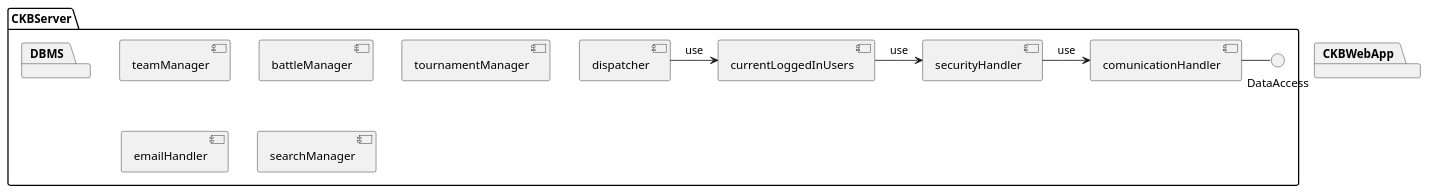
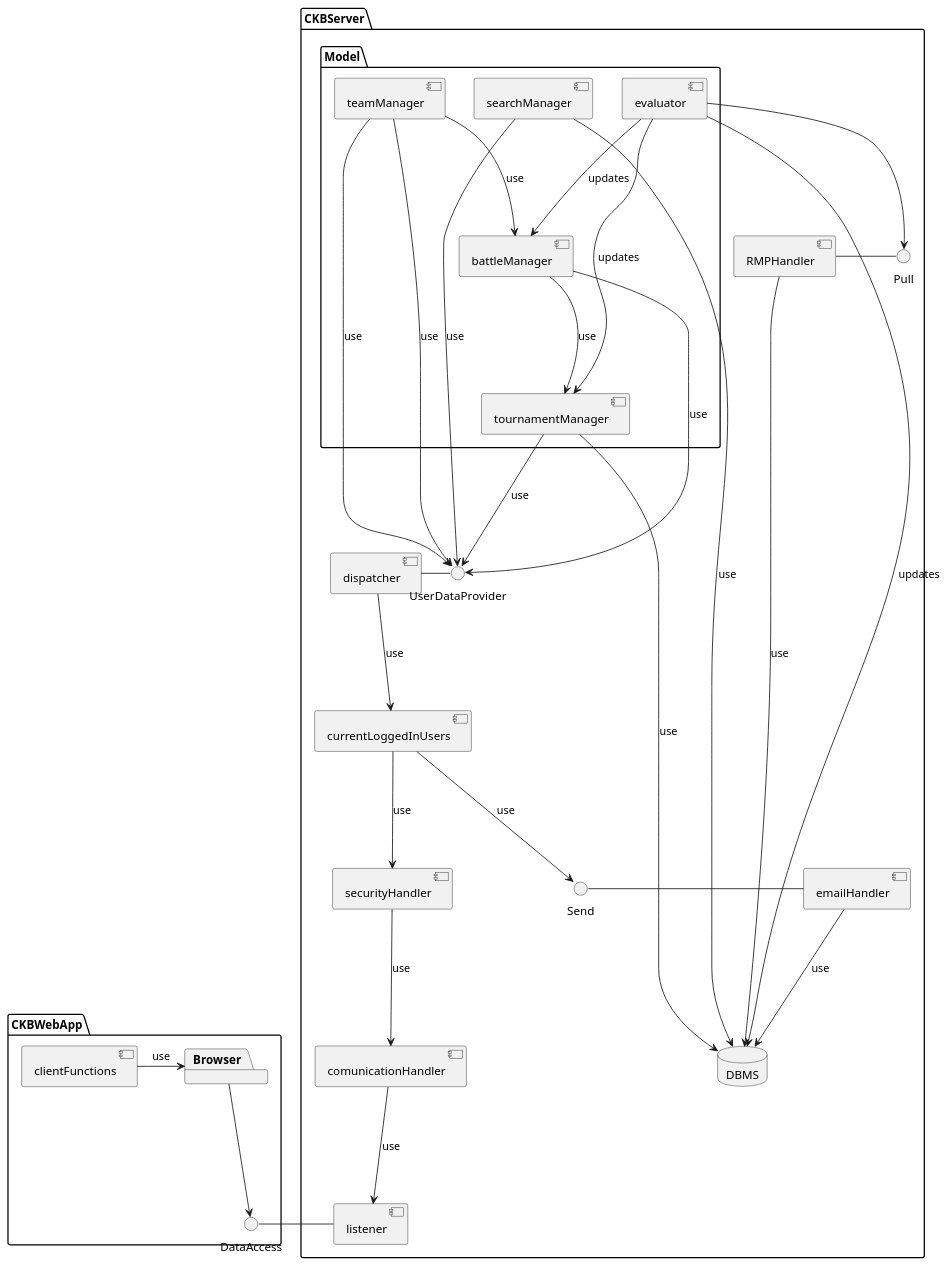
The diagram in _DD/Images/componentDiagram.wsd (Angelo7672/SE2_Requirement-and-Design-Document), drawn with PlantUML before and after one commit.

Commit message:
component diagram updated

```diff
--- a/_DD/Images/componentDiagram.wsd
+++ b/_DD/Images/componentDiagram.wsd
@@ -1,27 +1,57 @@
 @startuml
-skinparam right to left
 package "CKBWebApp"{
-
+    package "Browser"
+    Browser ---> DataAccess
+    [clientFunctions] -> Browser: use
+    component clientFunctions
 }
 
 package "CKBServer"{
-    package "DBMS"{
-
-    }
-    [comunicationHandler] - DataAccess
-    [securityHandler] -> comunicationHandler: use
-    [currentLoggedInUsers] -> securityHandler: use
-    [dispatcher] -> currentLoggedInUsers: use
-
-    component teamManager
-    component battleManager
-    component tournamentManager
-    component emailHandler
-    component searchManager
+    database "DBMS"
+    [listener] - DataAccess
+    [comunicationHandler] ---> listener: use
+    [securityHandler] ---> comunicationHandler: use
+    [currentLoggedInUsers] ---> securityHandler: use
+    [dispatcher] ---> currentLoggedInUsers: use
+    UserDataProvider - [dispatcher]
+    Send - [emailHandler]
+    [currentLoggedInUsers] ---> Send: use
+    [emailHandler] ---> DBMS: use
+    [RMPHandler] - Pull
+    [RMPHandler] ---> DBMS: use
+    
     component dispatcher
     component currentLoggedInUsers
     component securityHandler
     component comunicationHandler
+    component emailHandler
+    component listener
+    component RMPHandler
+
+    package "Model"{
+        
+        [searchManager] ---> UserDataProvider: use
+        [battleManager] ---> UserDataProvider: use
+        [teamManager] ---> UserDataProvider: use
+        [tournamentManager] ---> UserDataProvider: use
+        [evaluator] ---> Pull
+        
+        [searchManager] ---> DBMS: use
+        [teamManager] ---> UserDataProvider: use
+        [tournamentManager] ---> DBMS: use
+        [evaluator] ---> DBMS: updates
+        [evaluator] ---> tournamentManager: updates
+        [evaluator] ---> battleManager: updates
+
+        [battleManager] ---> tournamentManager: use
+
+        [teamManager] ---> battleManager: use
+        component teamManager
+        component battleManager
+        component tournamentManager
+        component searchManager
+        component evaluator
+    }
 }
 
 @end
```
